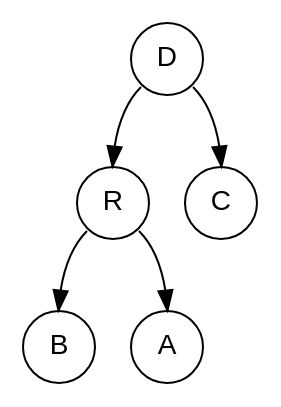
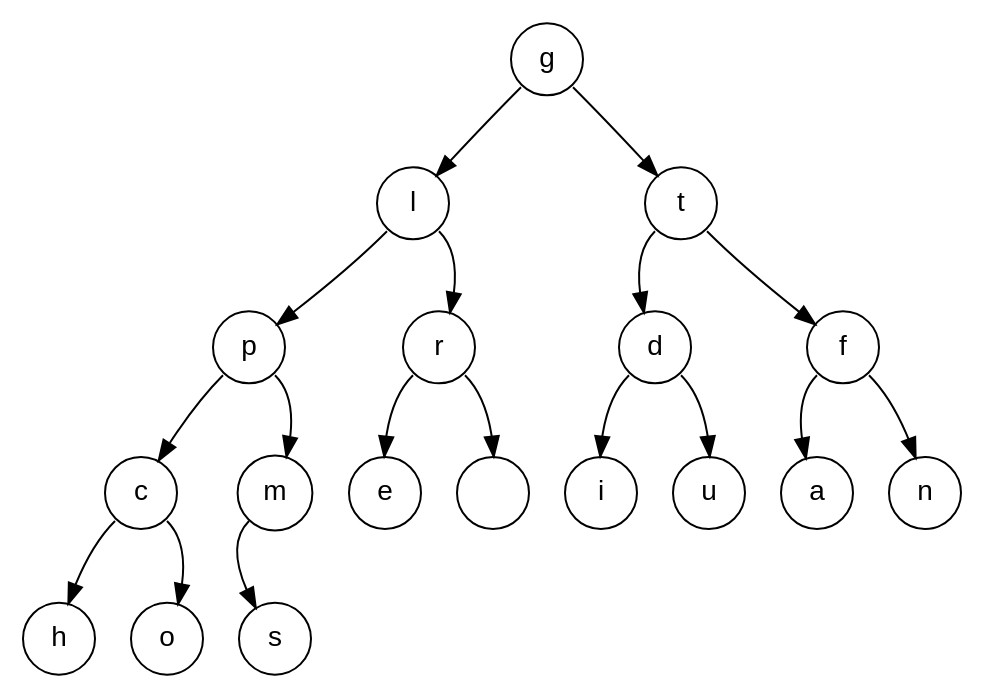
The diagram in fichiers_viz/minimier_etape_0.dot (Procuste34/codage_huffman_c), drawn with Graphviz before and after one commit. The commit also changed 22 other files, not shown here.

```diff
--- a/fichiers_viz/minimier_etape_0.dot
+++ b/fichiers_viz/minimier_etape_0.dot
@@ -1,12 +1,38 @@
 digraph POT_test {
 node [fontname="Arial", shape="circle", width=0.5];
-68 [label = "D"]
-68:sw -> 82
-68:se -> 67
-82 [label = "R"]
-82:sw -> 66
-82:se -> 65
-66 [label = "B"]
-65 [label = "A"]
-67 [label = "C"]
+103 [label = "g"]
+103:sw -> 108
+103:se -> 116
+108 [label = "l"]
+108:sw -> 112
+108:se -> 114
+112 [label = "p"]
+112:sw -> 99
+112:se -> 109
+99 [label = "c"]
+99:sw -> 104
+99:se -> 111
+104 [label = "h"]
+111 [label = "o"]
+109 [label = "m"]
+109:sw -> 115
+115 [label = "s"]
+114 [label = "r"]
+114:sw -> 101
+114:se -> 32
+101 [label = "e"]
+32 [label = " "]
+116 [label = "t"]
+116:sw -> 100
+116:se -> 102
+100 [label = "d"]
+100:sw -> 105
+100:se -> 117
+105 [label = "i"]
+117 [label = "u"]
+102 [label = "f"]
+102:sw -> 97
+102:se -> 110
+97 [label = "a"]
+110 [label = "n"]
 }
```
